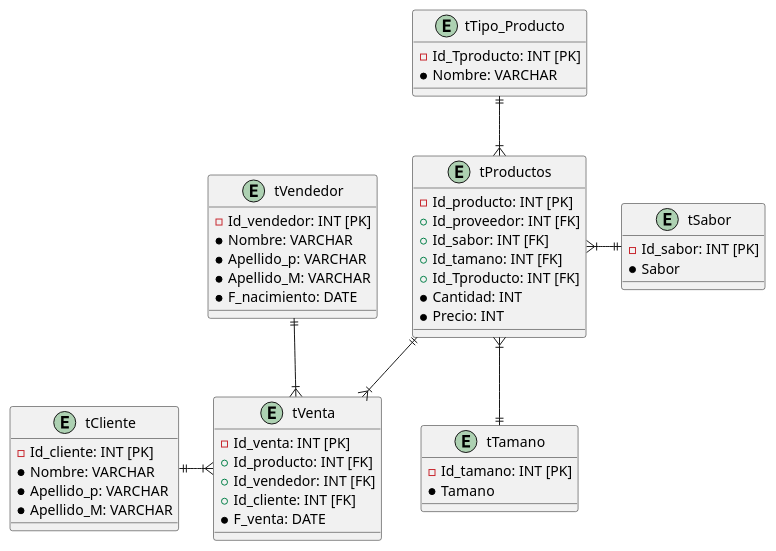
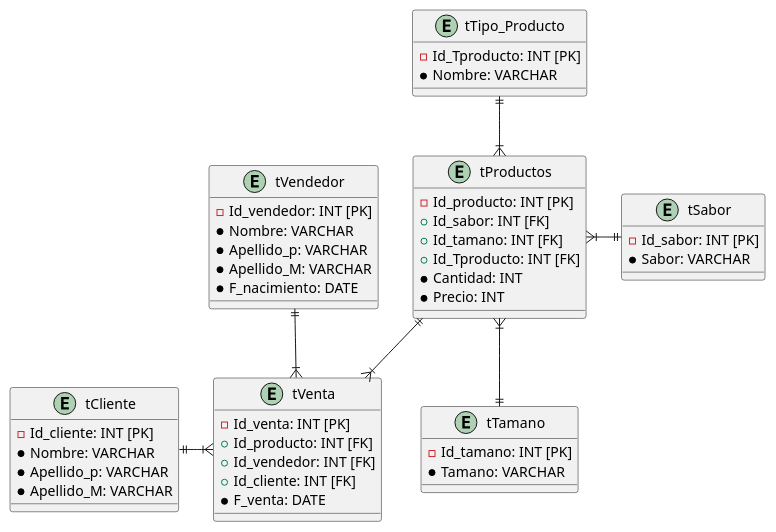
Before and after one commit to pacoRH123/5to-Semestre: the diagram in diseño DBpaletería.md, drawn with PlantUML.

Commit message:
Update diseño DBpaletería.md

```diff
--- a/diseño DBpaletería.md
+++ b/diseño DBpaletería.md
@@ -1,59 +1,58 @@
 @startuml
 
 entity "tProductos" {
   -Id_producto: INT [PK]
-  +Id_proveedor: INT [FK]
   +Id_sabor: INT [FK]
   +Id_tamano: INT [FK]
   +Id_Tproducto: INT [FK]
   *Cantidad: INT
   *Precio: INT
 }
 
 entity "tTipo_Producto" {
   -Id_Tproducto: INT [PK]
   *Nombre: VARCHAR 
 }
 
 entity "tSabor" {
   -Id_sabor: INT [PK]
-  *Sabor 
+  *Sabor: VARCHAR
 }
 
 
 entity "tTamano" {
   -Id_tamano: INT [PK]
-  *Tamano
+  *Tamano: VARCHAR
 }
 
 entity "tVenta" {
   -Id_venta: INT [PK]
   +Id_producto: INT [FK]
   +Id_vendedor: INT [FK]
   +Id_cliente: INT [FK]
   *F_venta: DATE
 }
 
 
 entity "tVendedor" {
   -Id_vendedor: INT [PK]
   *Nombre: VARCHAR
   *Apellido_p: VARCHAR
   *Apellido_M: VARCHAR
   *F_nacimiento: DATE
 }
 
 entity "tCliente" {
   -Id_cliente: INT [PK]
   *Nombre: VARCHAR
   *Apellido_p: VARCHAR
   *Apellido_M: VARCHAR
 }
 
 tVendedor ||--|{ tVenta 
 tProductos}|-||tSabor
 tProductos}|--||tTamano
 tTipo_Producto||--|{tProductos
 tProductos||--|{tVenta
 tCliente||-|{tVenta
 @enduml
```
